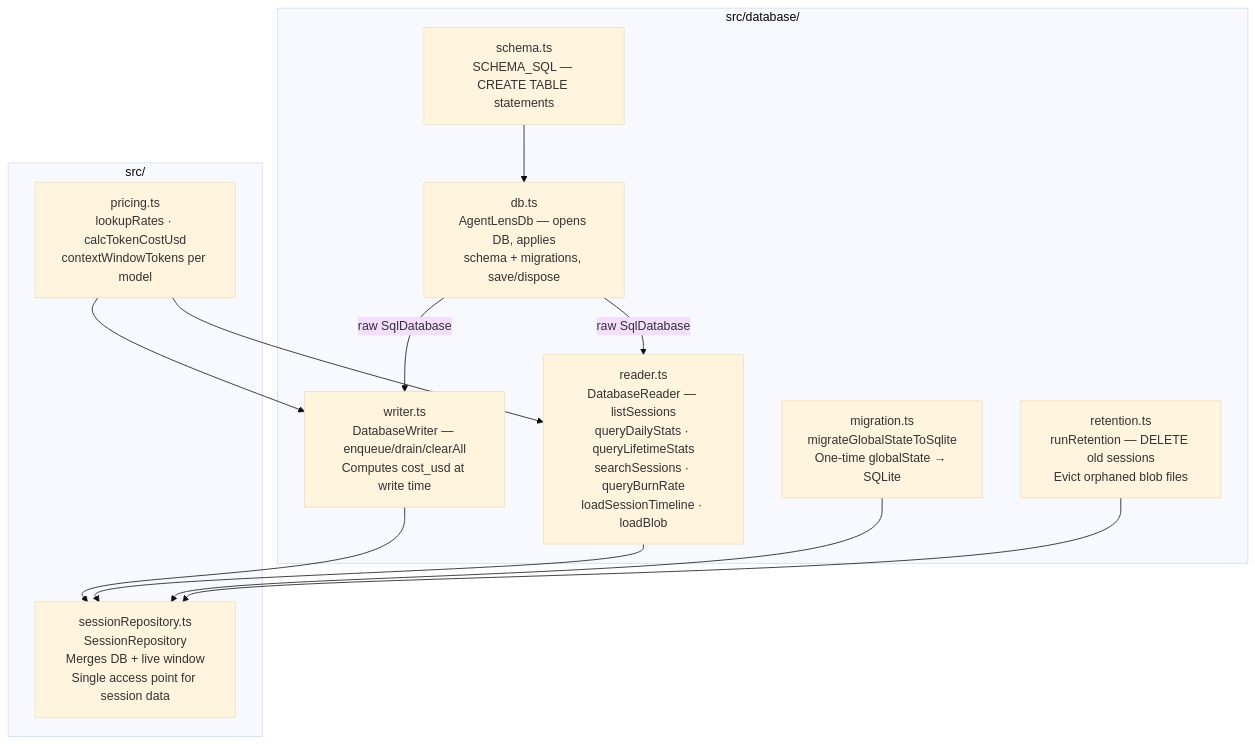
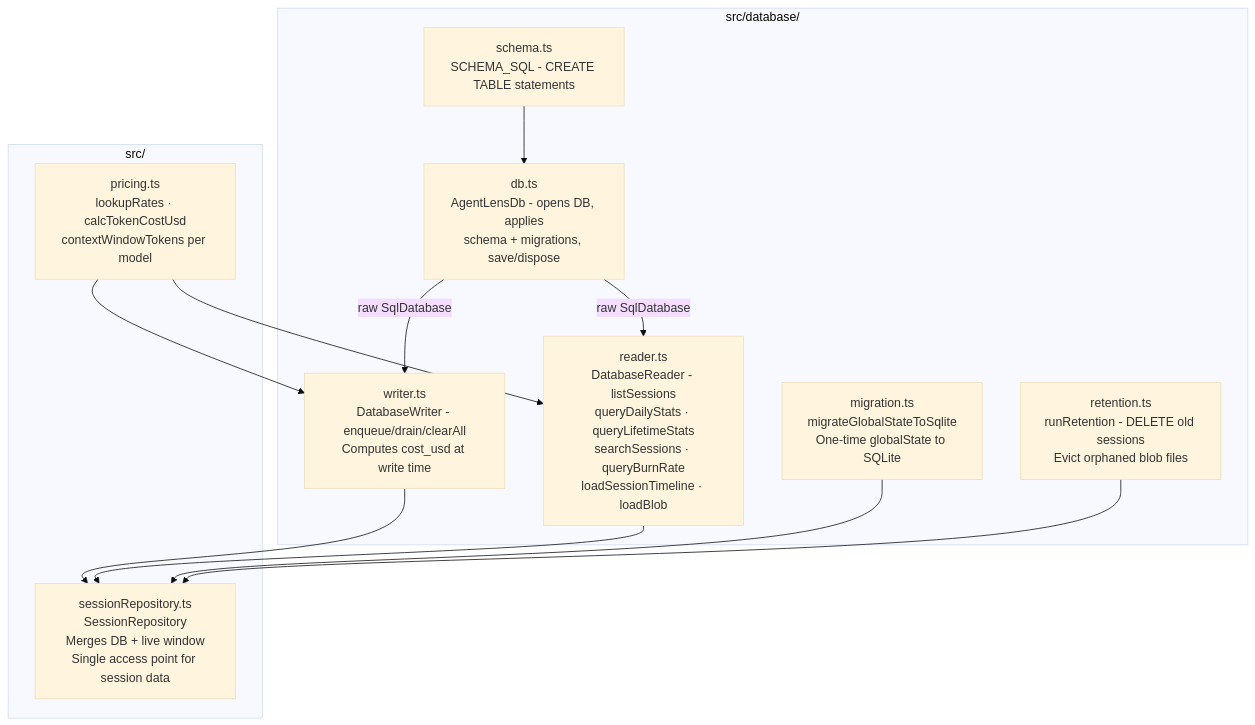
One commit to RogerReed/agentlens changed the eighth of 18 diagrams in ARCHITECTURE.md. Above: the diagram before and after it, drawn with Mermaid (base theme). The commit also changed other lines of this file, not shown here.

Commit message:
docs: fix Mermaid rendering issues in ARCHITECTURE.md

````diff
--- a/ARCHITECTURE.md
+++ b/ARCHITECTURE.md
@@ -331,26 +331,26 @@
 ```mermaid
 graph TD
-    subgraph src/database/
-        SCH[schema.ts<br/>SCHEMA_SQL — CREATE TABLE statements]
-        DBT[db.ts<br/>AgentLensDb — opens DB, applies<br/>schema + migrations, save/dispose]
-        WRI[writer.ts<br/>DatabaseWriter — enqueue/drain/clearAll<br/>Computes cost_usd at write time]
-        REA[reader.ts<br/>DatabaseReader — listSessions<br/>queryDailyStats · queryLifetimeStats<br/>searchSessions · queryBurnRate<br/>loadSessionTimeline · loadBlob]
-        MIG[migration.ts<br/>migrateGlobalStateToSqlite<br/>One-time globalState → SQLite]
-        RET[retention.ts<br/>runRetention — DELETE old sessions<br/>Evict orphaned blob files]
+    subgraph srcdb["src/database/"]
+        SCH[schema.ts<br/>SCHEMA_SQL - CREATE TABLE statements]
+        DBT[db.ts<br/>AgentLensDb - opens DB, applies<br/>schema + migrations, save/dispose]
+        WRI[writer.ts<br/>DatabaseWriter - enqueue/drain/clearAll<br/>Computes cost_usd at write time]
+        REA[reader.ts<br/>DatabaseReader - listSessions<br/>queryDailyStats · queryLifetimeStats<br/>searchSessions · queryBurnRate<br/>loadSessionTimeline · loadBlob]
+        MIG[migration.ts<br/>migrateGlobalStateToSqlite<br/>One-time globalState to SQLite]
+        RET[retention.ts<br/>runRetention - DELETE old sessions<br/>Evict orphaned blob files]
     end
 
-    subgraph src/
+    subgraph srcroot["src/"]
         PRI[pricing.ts<br/>lookupRates · calcTokenCostUsd<br/>contextWindowTokens per model]
         REPO[sessionRepository.ts<br/>SessionRepository<br/>Merges DB + live window<br/>Single access point for session data]
     end
 
     DBT -- raw SqlDatabase --> WRI
     DBT -- raw SqlDatabase --> REA
     PRI --> WRI
     PRI --> REA
     WRI --> REPO
     REA --> REPO
     SCH --> DBT
     MIG --> REPO
     RET --> REPO
 ```
````
